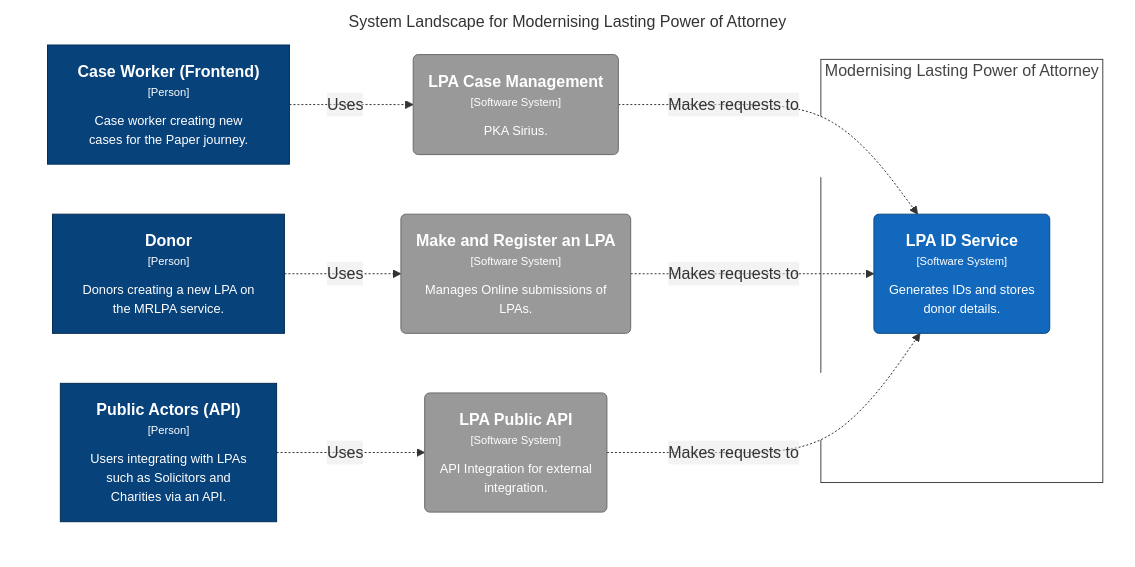
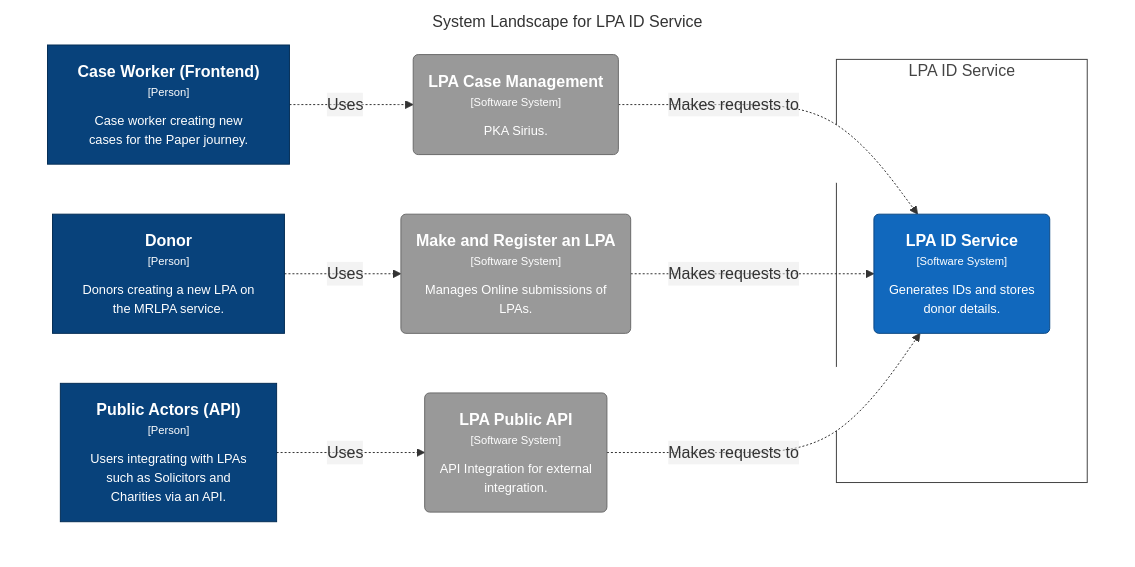
The diagram in docs/architecture/dsl/local/structurizr-1-SystemLandscape.mmd (ministryofjustice/opg-data-lpa-uid), drawn with Mermaid before and after one commit. The commit also changed 5 other files, not shown here.

```diff
--- a/docs/architecture/dsl/local/structurizr-1-SystemLandscape.mmd
+++ b/docs/architecture/dsl/local/structurizr-1-SystemLandscape.mmd
@@ -1,33 +1,33 @@
 graph TB
   linkStyle default fill:#ffffff
 
-  subgraph diagram [System Landscape for Modernising Lasting Power of Attorney]
+  subgraph diagram [System Landscape for LPA ID Service]
     style diagram fill:#ffffff,stroke:#ffffff
 
-    subgraph enterprise [Modernising Lasting Power of Attorney]
+    subgraph enterprise [LPA ID Service]
       style enterprise fill:#ffffff,stroke:#444444,color:#444444
 
       7("<div style='font-weight: bold'>LPA ID Service</div><div style='font-size: 70%; margin-top: 0px'>[Software System]</div><div style='font-size: 80%; margin-top:10px'>Generates IDs and stores<br />donor details.</div>")
       style 7 fill:#1168bd,stroke:#0b4884,color:#ffffff
     end
 
     1["<div style='font-weight: bold'>Case Worker (Frontend)</div><div style='font-size: 70%; margin-top: 0px'>[Person]</div><div style='font-size: 80%; margin-top:10px'>Case worker creating new<br />cases for the Paper journey.</div>"]
     style 1 fill:#08427b,stroke:#052e56,color:#ffffff
     2["<div style='font-weight: bold'>Donor</div><div style='font-size: 70%; margin-top: 0px'>[Person]</div><div style='font-size: 80%; margin-top:10px'>Donors creating a new LPA on<br />the MRLPA service.</div>"]
     style 2 fill:#08427b,stroke:#052e56,color:#ffffff
     3["<div style='font-weight: bold'>Public Actors (API)</div><div style='font-size: 70%; margin-top: 0px'>[Person]</div><div style='font-size: 80%; margin-top:10px'>Users integrating with LPAs<br />such as Solicitors and<br />Charities via an API.</div>"]
     style 3 fill:#08427b,stroke:#052e56,color:#ffffff
     4("<div style='font-weight: bold'>LPA Case Management</div><div style='font-size: 70%; margin-top: 0px'>[Software System]</div><div style='font-size: 80%; margin-top:10px'>PKA Sirius.</div>")
     style 4 fill:#999999,stroke:#6b6b6b,color:#ffffff
     5("<div style='font-weight: bold'>Make and Register an LPA</div><div style='font-size: 70%; margin-top: 0px'>[Software System]</div><div style='font-size: 80%; margin-top:10px'>Manages Online submissions of<br />LPAs.</div>")
     style 5 fill:#999999,stroke:#6b6b6b,color:#ffffff
     6("<div style='font-weight: bold'>LPA Public API</div><div style='font-size: 70%; margin-top: 0px'>[Software System]</div><div style='font-size: 80%; margin-top:10px'>API Integration for external<br />integration.</div>")
     style 6 fill:#999999,stroke:#6b6b6b,color:#ffffff
 
     1-. "<div>Uses</div><div style='font-size: 70%'></div>" .->4
     2-. "<div>Uses</div><div style='font-size: 70%'></div>" .->5
     3-. "<div>Uses</div><div style='font-size: 70%'></div>" .->6
     4-. "<div>Makes requests to</div><div style='font-size: 70%'></div>" .->7
     5-. "<div>Makes requests to</div><div style='font-size: 70%'></div>" .->7
     6-. "<div>Makes requests to</div><div style='font-size: 70%'></div>" .->7
   end
```
